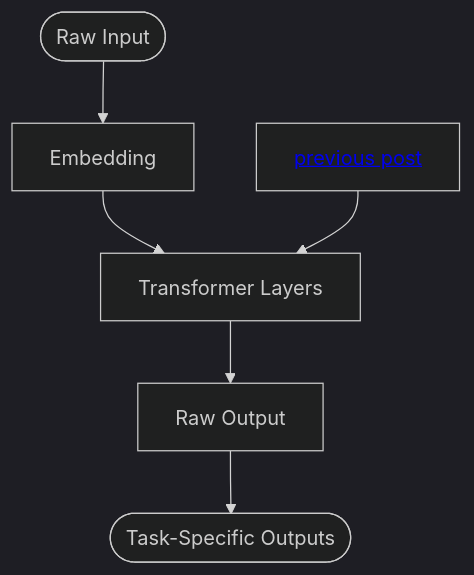
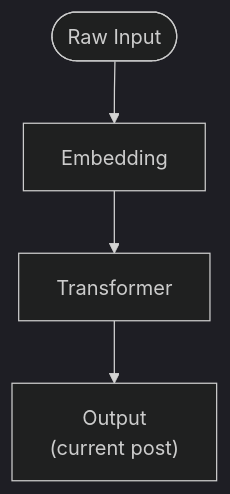
One commit to Yiheng-Yu/personal-website changed the diagram in content/posts/transformers-pt-2/index.md. Above: the diagram before and after it, drawn with Mermaid (dark theme). The commit also changed other lines of this file and 16 other files, not shown here.

```diff
--- a/content/posts/transformers-pt-2/index.md
+++ b/content/posts/transformers-pt-2/index.md
@@ -26,9 +29,6 @@
 {{< mermaid config="theme:mc">}}
-flowchart TB
+flowchart
     n1(["Raw Input"]) --> n2["Embedding"]
-    n2 --> n3["Transformer Layers"]
-    n3 --> n4["Raw Output"]
-    n4 --> n5(["Task-Specific Outputs"])
-
-    l1[<a href='https://yuyiheng.cc/posts/transformers-pt-1'> previous post</a>] --> n3
+    n2 --> n3["Transformer"]
+    n3 --> n4["Output<br>(current post)"]
 {{< /mermaid >}}
```
